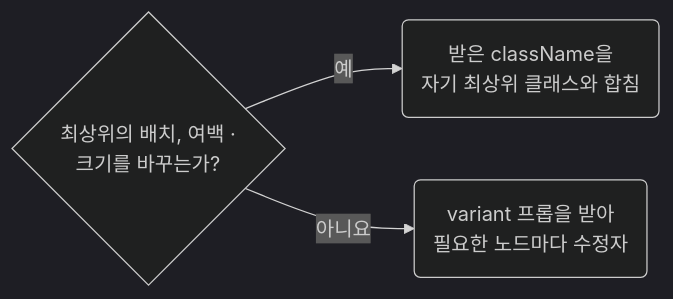
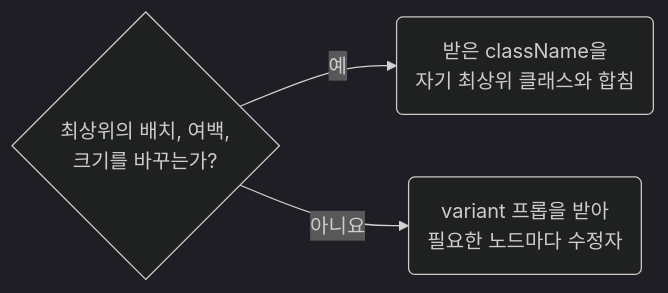
One commit to minu-ha/agent-conventions changed the diagram in skill/css/rules/03-04-composition-inject-classes-only-at-the-entry-point.md. Above: the diagram before and after it, drawn with Mermaid (dark theme). The commit also changed 14 other files, not shown here.

````diff
--- a/skill/css/rules/03-04-composition-inject-classes-only-at-the-entry-point.md
+++ b/skill/css/rules/03-04-composition-inject-classes-only-at-the-entry-point.md
@@ -27,5 +27,5 @@
 ```mermaid
 flowchart LR
-	q1{"최상위의 배치, 여백 ·<br>크기를 바꾸는가?"} -- 예 --> r1("받은 className을<br>자기 최상위 클래스와 합침")
+	q1{"최상위의 배치, 여백,<br>크기를 바꾸는가?"} -- 예 --> r1("받은 className을<br>자기 최상위 클래스와 합침")
 	q1 -- 아니요 --> r2("variant 프롭을 받아<br>필요한 노드마다 수정자")
 ```
````
